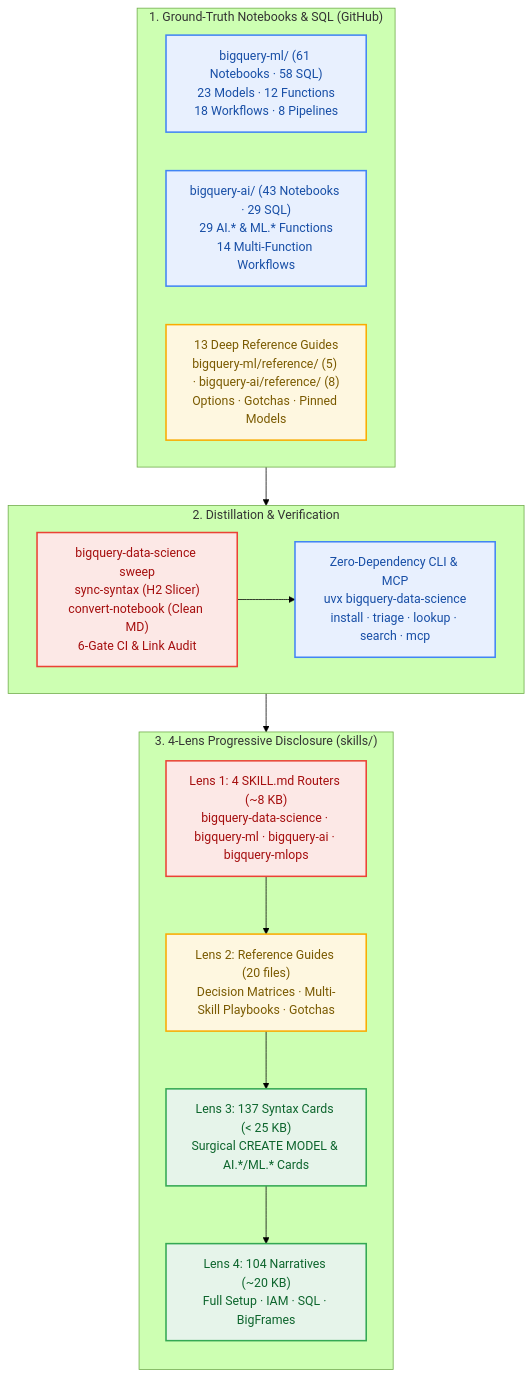
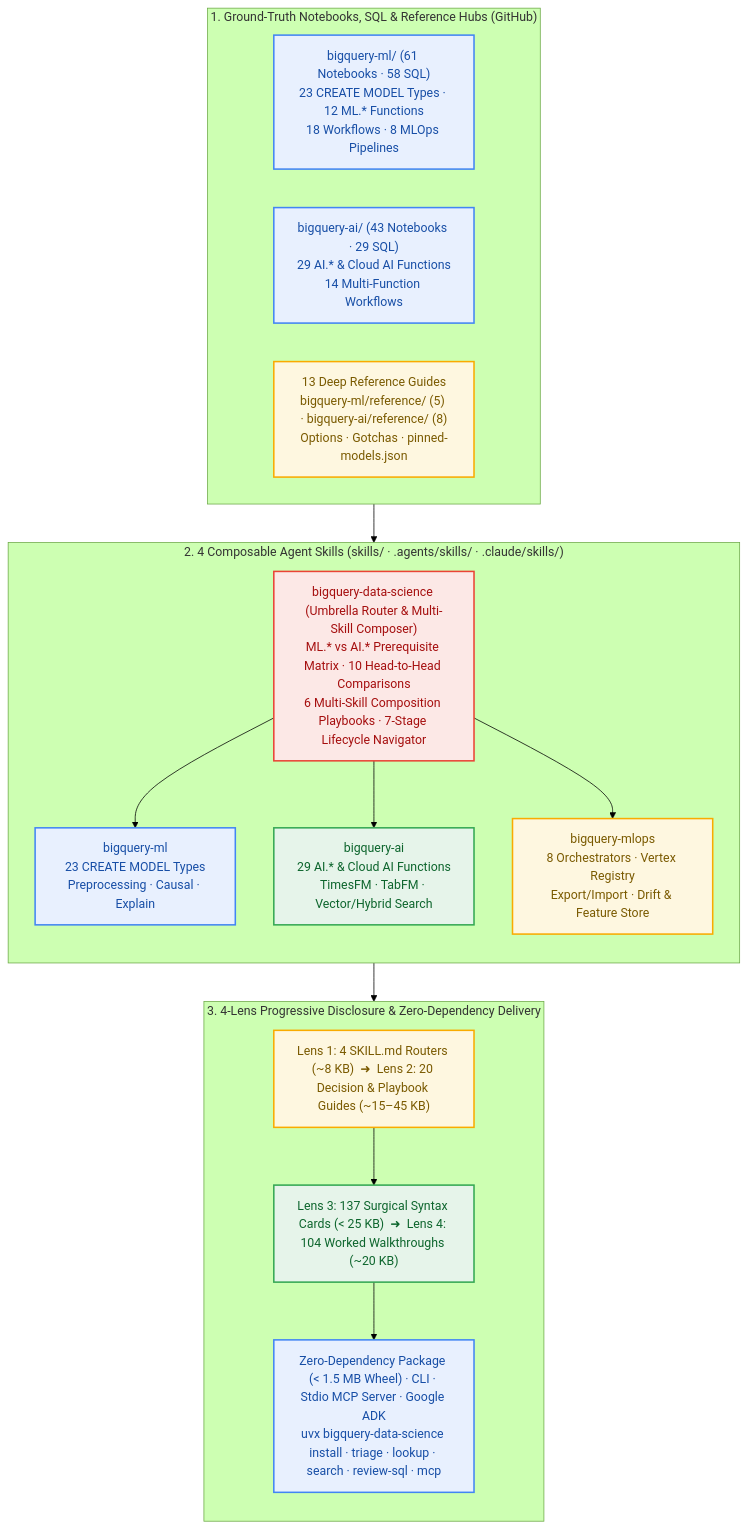
One commit to statmike/bigquery-data-science changed the diagram in README.md. Above: the diagram before and after it, drawn with Mermaid (forest theme). The commit also changed other lines of this file and 4 other files, not shown here.

Commit message:
docs(readme): revise 3-stage 4-skill architecture diagram, SVG, PyPI PNG, and social card

````diff
--- a/README.md
+++ b/README.md
@@ -14,34 +15,39 @@
 ```mermaid
 flowchart TD
-    subgraph GT["1. Ground-Truth Notebooks & SQL (GitHub)"]
+    subgraph GT["1. Ground-Truth Notebooks, SQL & Reference Hubs (GitHub)"]
         direction LR
-        BQML["bigquery-ml/ (61 Notebooks · 58 SQL)<br/>23 Models · 12 Functions<br/>18 Workflows · 8 Pipelines"]
-        BQAI["bigquery-ai/ (43 Notebooks · 29 SQL)<br/>29 AI.* & ML.* Functions<br/>14 Multi-Function Workflows"]
-        REFS["13 Deep Reference Guides<br/>bigquery-ml/reference/ (5) · bigquery-ai/reference/ (8)<br/>Options · Gotchas · Pinned Models"]
-    end
-    subgraph SYNC["2. Distillation & Verification"]
-        direction LR
-        SWEEP["bigquery-data-science sweep<br/>sync-syntax (H2 Slicer)<br/>convert-notebook (Clean MD)<br/>6-Gate CI & Link Audit"]
-        CLI["Zero-Dependency CLI & MCP<br/>uvx bigquery-data-science<br/>install · triage · lookup · search · mcp"]
-        SWEEP --> CLI
-    end
-    subgraph LENS["3. 4-Lens Progressive Disclosure (skills/)"]
-        direction TB
-        L1["Lens 1: 4 SKILL.md Routers (~8 KB)<br/>bigquery-data-science · bigquery-ml · bigquery-ai · bigquery-mlops"]
-        L2["Lens 2: Reference Guides (20 files)<br/>Decision Matrices · Multi-Skill Playbooks · Gotchas"]
-        L3["Lens 3: 137 Syntax Cards (< 25 KB)<br/>Surgical CREATE MODEL & AI.*/ML.* Cards"]
-        L4["Lens 4: 104 Narratives (~20 KB)<br/>Full Setup · IAM · SQL · BigFrames"]
-        L1 --> L2 --> L3 --> L4
+        BQML["bigquery-ml/ (61 Notebooks · 58 SQL)<br/>23 CREATE MODEL Types · 12 ML.* Functions<br/>18 Workflows · 8 MLOps Pipelines"]
+        BQAI["bigquery-ai/ (43 Notebooks · 29 SQL)<br/>29 AI.* & Cloud AI Functions<br/>14 Multi-Function Workflows"]
+        REFS["13 Deep Reference Guides<br/>bigquery-ml/reference/ (5) · bigquery-ai/reference/ (8)<br/>Options · Gotchas · pinned-models.json"]
     end
 
-    GT --> SYNC --> LENS
+    subgraph SKILLS["2. 4 Composable Agent Skills (skills/ · .agents/skills/ · .claude/skills/)"]
+        direction TB
+        ROUTER["bigquery-data-science (Umbrella Router & Multi-Skill Composer)<br/>ML.* vs AI.* Prerequisite Matrix · 10 Head-to-Head Comparisons<br/>6 Multi-Skill Composition Playbooks · 7-Stage Lifecycle Navigator"]
+        S_ML["bigquery-ml<br/>23 CREATE MODEL Types<br/>Preprocessing · Causal · Explain"]
+        S_AI["bigquery-ai<br/>29 AI.* & Cloud AI Functions<br/>TimesFM · TabFM · Vector/Hybrid Search"]
+        S_OPS["bigquery-mlops<br/>8 Orchestrators · Vertex Registry<br/>Export/Import · Drift & Feature Store"]
+        ROUTER --> S_ML
+        ROUTER --> S_AI
+        ROUTER --> S_OPS
+    end
+
+    subgraph LENS["3. 4-Lens Progressive Disclosure & Zero-Dependency Delivery"]
+        direction TB
+        L12["Lens 1: 4 SKILL.md Routers (~8 KB)  ➜  Lens 2: 20 Decision & Playbook Guides (~15–45 KB)"]
+        L34["Lens 3: 137 Surgical Syntax Cards (< 25 KB)  ➜  Lens 4: 104 Worked Walkthroughs (~20 KB)"]
+        DELIV["Zero-Dependency Package (< 1.5 MB Wheel) · CLI · Stdio MCP Server · Google ADK<br/>uvx bigquery-data-science install · triage · lookup · search · review-sql · mcp"]
+        L12 --> L34 --> DELIV
+    end
+
+    GT --> SKILLS --> LENS
 
     classDef data fill:#E8F0FE,stroke:#4285F4,stroke-width:2px,color:#174EA6
     classDef config fill:#FEF7E0,stroke:#F9AB00,stroke-width:2px,color:#7A5A00
     classDef route fill:#FCE8E6,stroke:#EA4335,stroke-width:2px,color:#A50E0E
     classDef compute fill:#E6F4EA,stroke:#34A853,stroke-width:2px,color:#0D652D
-    class BQML,BQAI,CLI data
-    class REFS,L2 config
-    class SWEEP,L1 route
-    class L3,L4 compute
+    class BQML,BQAI,S_ML,DELIV data
+    class REFS,S_OPS,L12 config
+    class ROUTER route
+    class S_AI,L34 compute
 ```
````
